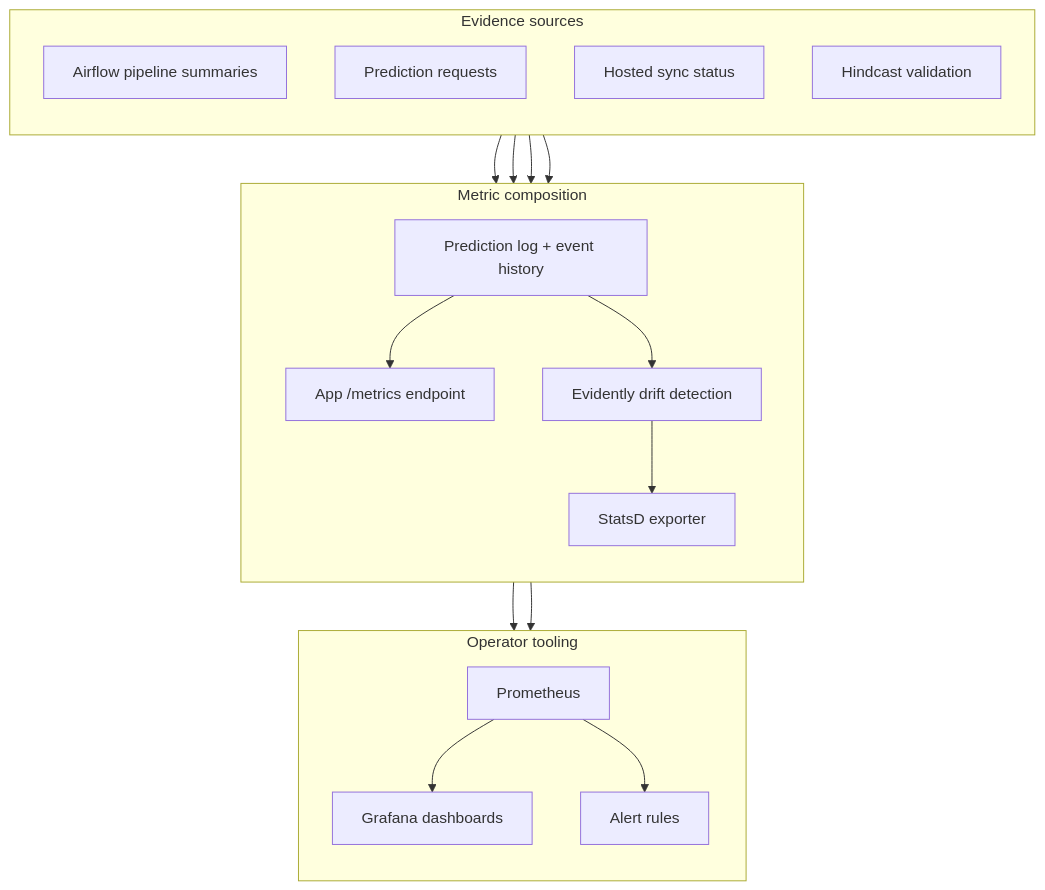
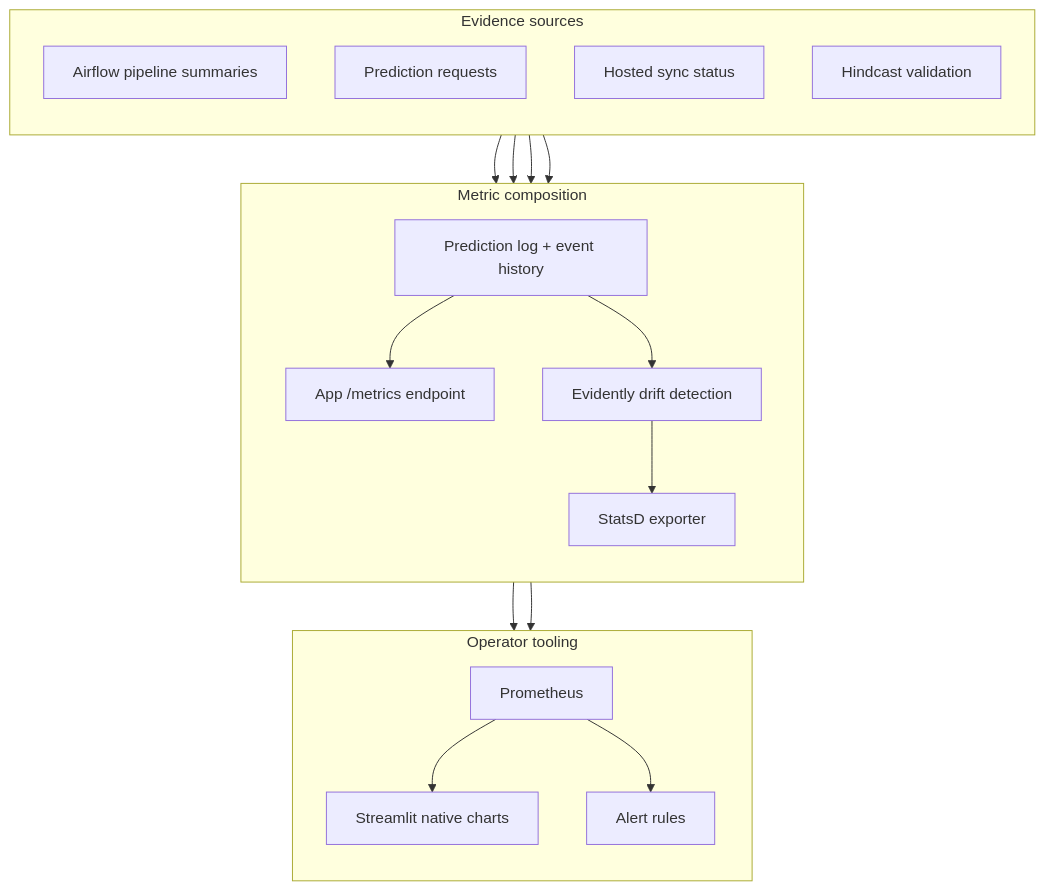
Before and after one commit to javihslu/foehncast: the first of 2 diagrams in docs/site/system/monitoring.md, drawn with Mermaid. The commit also changed other lines of this file and 15 other files, not shown here.

```diff
--- a/docs/site/system/monitoring.md
+++ b/docs/site/system/monitoring.md
@@ -15,37 +15,37 @@
 <div class="mermaid">
 flowchart TD
     subgraph Sources ["Evidence sources"]
         direction TB
         AIR["Airflow pipeline summaries"]
         PRED["Prediction requests"]
         SYNC["Hosted sync status"]
         HIND["Hindcast validation"]
     end
 
     subgraph Processing ["Metric composition"]
         direction TB
         APP["App /metrics endpoint"]
         LOG["Prediction log + event history"]
         DRIFT["Evidently drift detection"]
         STATSD["StatsD exporter"]
     end
 
     subgraph Operator ["Operator tooling"]
         direction TB
         PROM["Prometheus"]
-        GRAFANA["Grafana dashboards"]
         ALERT["Alert rules"]
+        UI["Streamlit native charts"]
     end
 
     AIR --> APP
     PRED --> LOG
     SYNC --> APP
     HIND --> APP
     LOG --> APP
     LOG --> DRIFT
     DRIFT --> STATSD
     APP --> PROM
     STATSD --> PROM
-    PROM --> GRAFANA
+    PROM --> UI
     PROM --> ALERT
 </div>
```
